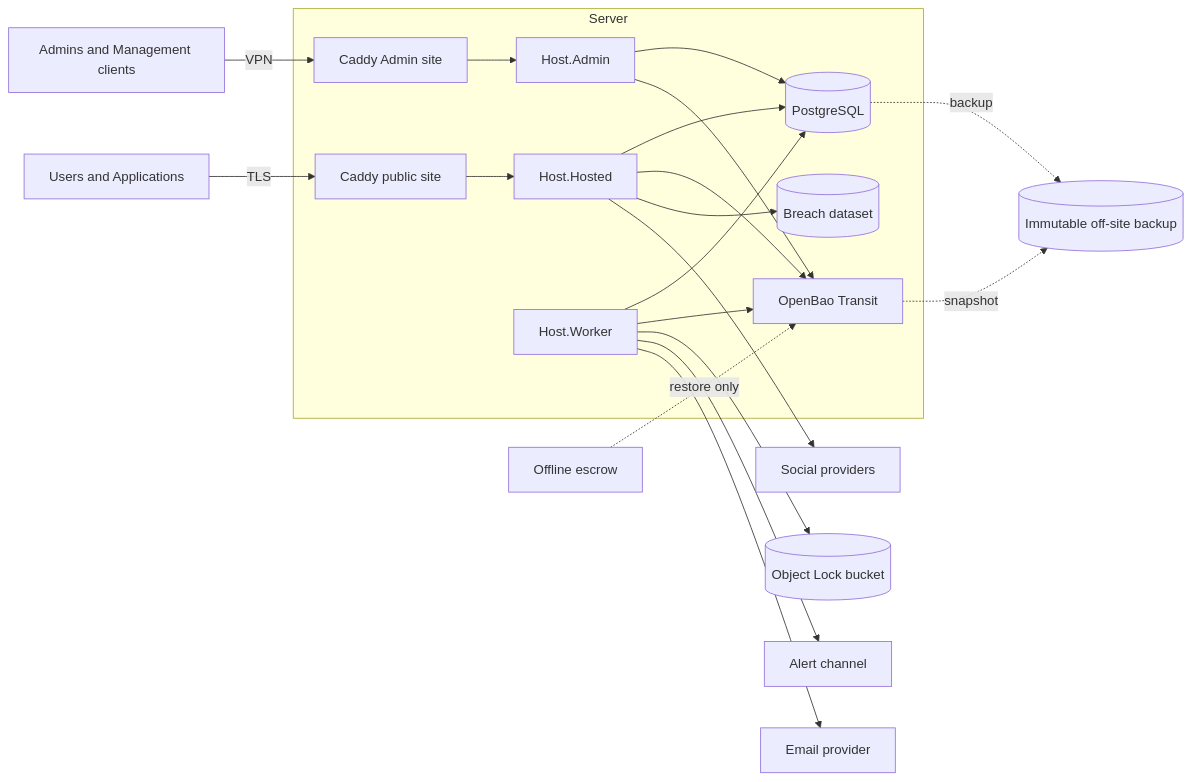
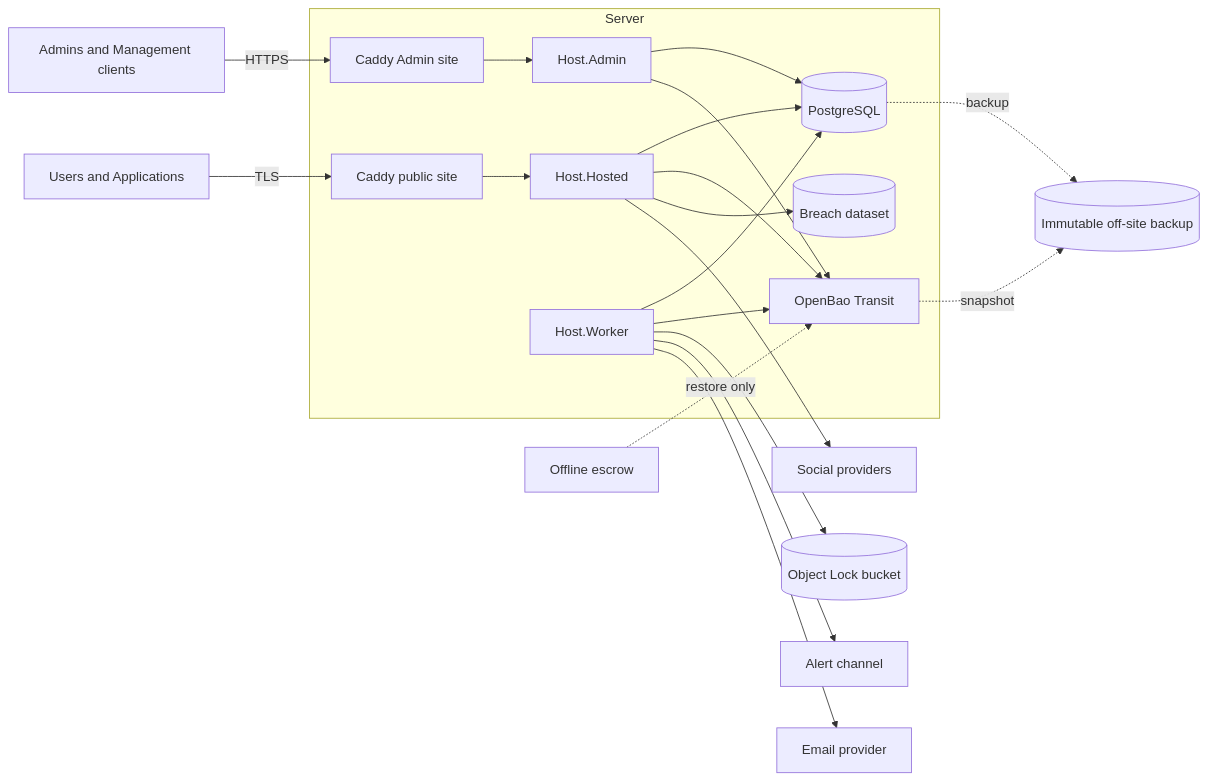
Before and after one commit to shanilmelder/gatekeep: the third of 4 diagrams in _bmad-output/planning-artifacts/architecture/architecture-gatekeep-2026-11-02/ARCHITECTURE-SPINE.md, drawn with Mermaid. The commit also changed other lines of this file and 4 other files, not shown here.

First line of the commit message:
docs: make the Admin site public (sprint change proposal)

````diff
--- a/_bmad-output/planning-artifacts/architecture/architecture-gatekeep-2026-11-02/ARCHITECTURE-SPINE.md
+++ b/_bmad-output/planning-artifacts/architecture/architecture-gatekeep-2026-11-02/ARCHITECTURE-SPINE.md
@@ -551,23 +551,23 @@
 ```mermaid
 flowchart LR
   U[Users and Applications] -->|TLS| C[Caddy public site]
-  AD[Admins and Management clients] -->|VPN| CA[Caddy Admin site]
+  AD[Admins and Management clients] -->|HTTPS| CA[Caddy Admin site]
   subgraph Server
     C --> HH[Host.Hosted]
     CA --> HA[Host.Admin]
     HH --> PG[(PostgreSQL)]
     HA --> PG
     HW[Host.Worker] --> PG
     HH --> OB[OpenBao Transit]
     HA --> OB
     HW --> OB
     HH --> BD[(Breach dataset)]
   end
   HW --> OL[(Object Lock bucket)]
   HW --> AL[Alert channel]
   HW --> EM[Email provider]
   HH --> SO[Social providers]
   PG -. backup .-> BK[(Immutable off-site backup)]
   OB -. snapshot .-> BK
   ES[Offline escrow] -. restore only .-> OB
 ```
````
